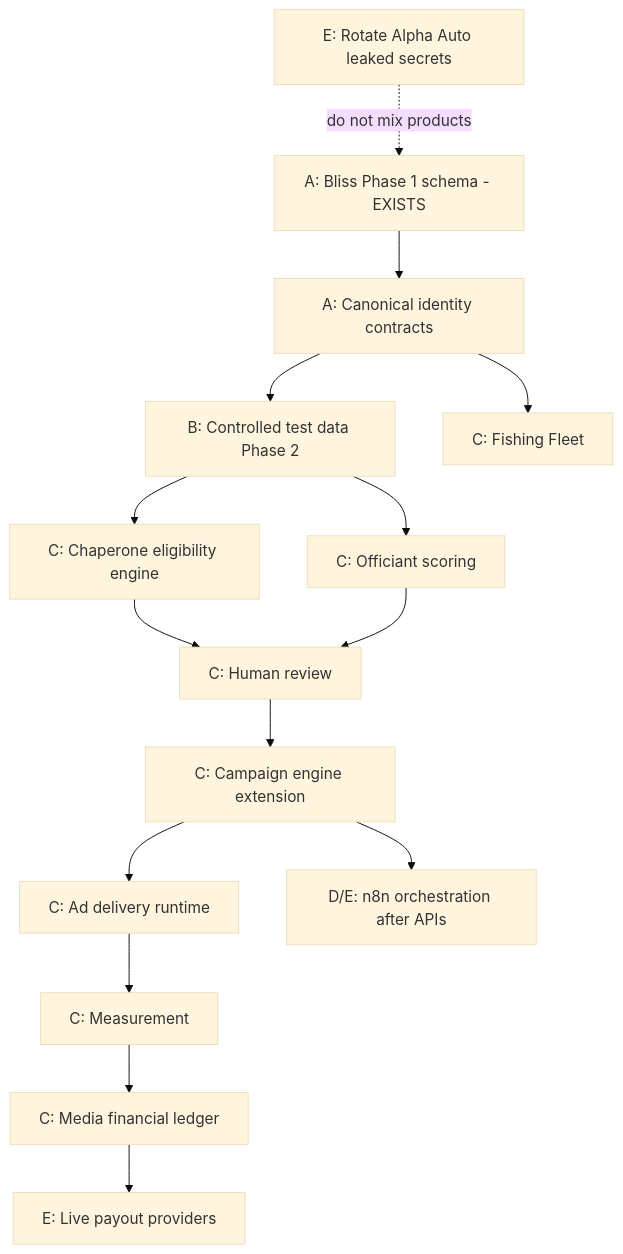
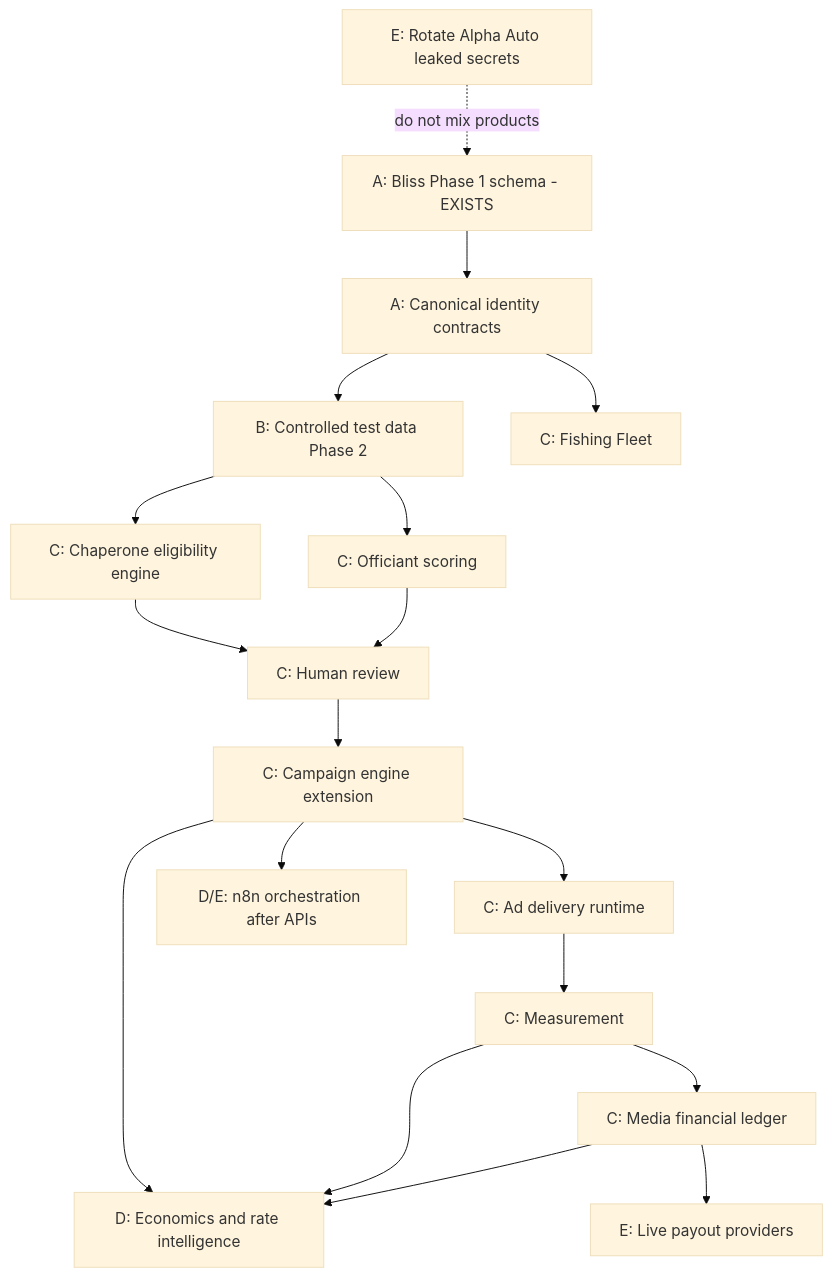
One commit to Coxskull/Bliss_Bot_Chapel changed the diagram in docs/ai-development-fleet/dependency-map.md. Above: the diagram before and after it, drawn with Mermaid (base theme). The commit also changed other lines of this file and 9 other files, not shown here.

````diff
--- a/docs/ai-development-fleet/dependency-map.md
+++ b/docs/ai-development-fleet/dependency-map.md
@@ -13,32 +13,36 @@
 ```mermaid
 flowchart TD
   SEC[E: Rotate Alpha Auto leaked secrets]
   P1[A: Bliss Phase 1 schema - EXISTS]
   ID[A: Canonical identity contracts]
   DATA[B: Controlled test data Phase 2]
   CHAP[C: Chaperone eligibility engine]
   OFF[C: Officiant scoring]
   FF[C: Fishing Fleet]
   HUM[C: Human review]
   CAMP[C: Campaign engine extension]
+  ECO[D: Economics and rate intelligence]
   DEL[C: Ad delivery runtime]
   MEAS[C: Measurement]
   LED[C: Media financial ledger]
   PAY[E: Live payout providers]
   N8N[D/E: n8n orchestration after APIs]
 
   SEC -.->|do not mix products| P1
   P1 --> ID
   ID --> DATA
   DATA --> CHAP
   DATA --> OFF
   ID --> FF
   CHAP --> HUM
   OFF --> HUM
   HUM --> CAMP
+  CAMP --> ECO
   CAMP --> DEL
   DEL --> MEAS
   MEAS --> LED
+  MEAS --> ECO
+  LED --> ECO
   LED --> PAY
   CAMP --> N8N
 ```
````
